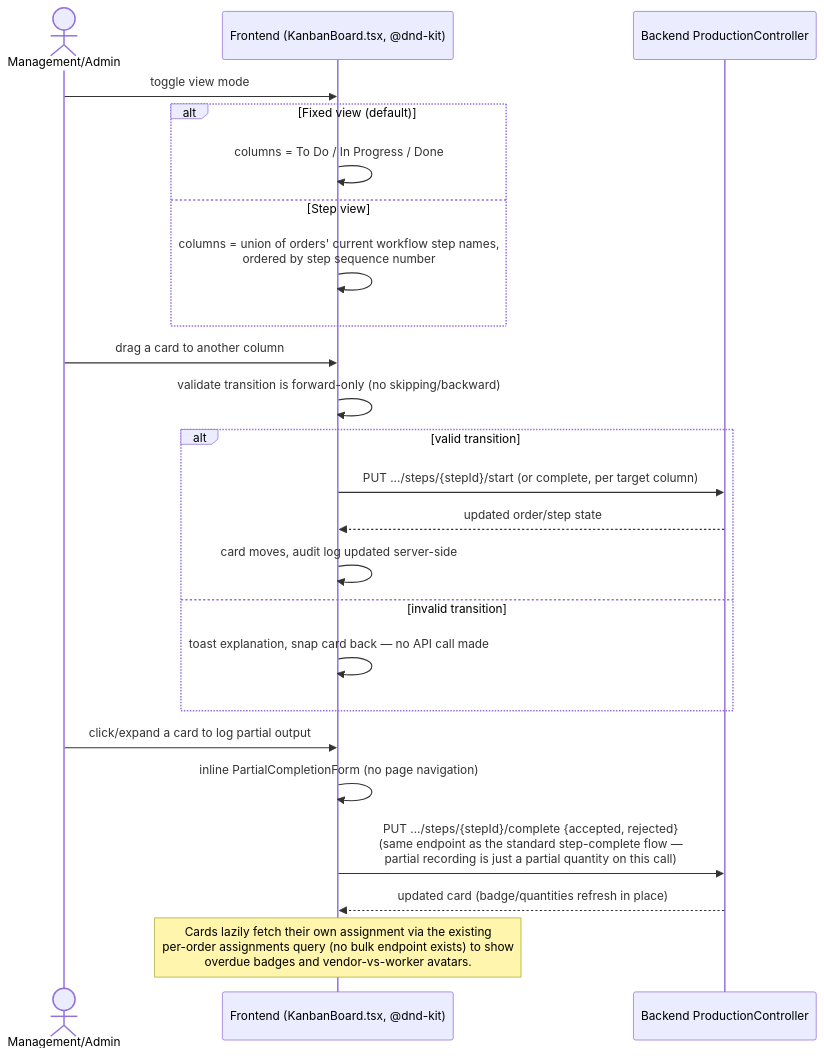
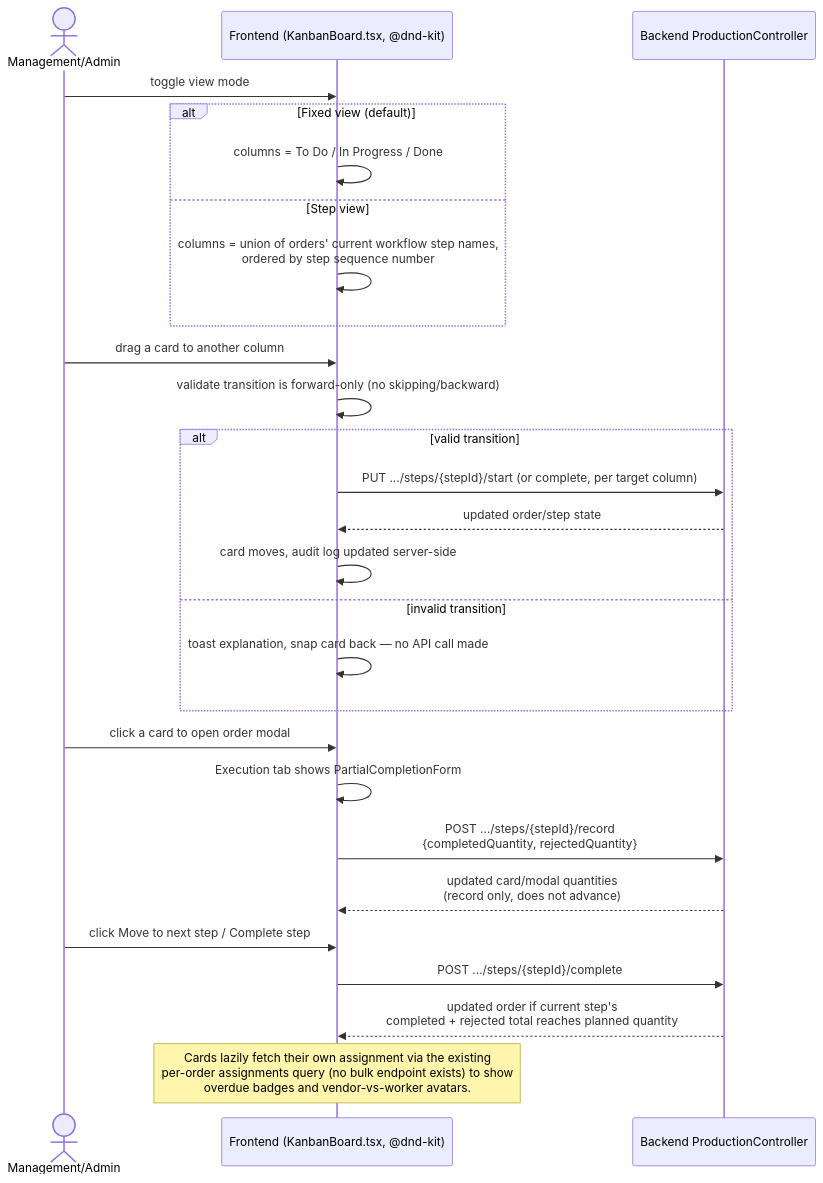
The fourth of 6 diagrams in docs/sequence-diagrams/production-kanban-vendor-overhaul.md (yashb319/factory1-technical-details), drawn with Mermaid before and after one commit. The commit also changed other lines of this file and 7 other files, not shown here.

````diff
--- a/docs/sequence-diagrams/production-kanban-vendor-overhaul.md
+++ b/docs/sequence-diagrams/production-kanban-vendor-overhaul.md
@@ -81,30 +81,33 @@
 ```mermaid
 sequenceDiagram
     actor U as Management/Admin
     participant FE as Frontend (KanbanBoard.tsx, @dnd-kit)
     participant API as Backend ProductionController
 
     U->>FE: toggle view mode
     alt Fixed view (default)
         FE->>FE: columns = To Do / In Progress / Done
     else Step view
         FE->>FE: columns = union of orders' current workflow step names,<br/>ordered by step sequence number
     end
 
     U->>FE: drag a card to another column
     FE->>FE: validate transition is forward-only (no skipping/backward)
     alt valid transition
         FE->>API: PUT .../steps/{stepId}/start  (or complete, per target column)
         API-->>FE: updated order/step state
         FE->>FE: card moves, audit log updated server-side
     else invalid transition
         FE->>FE: toast explanation, snap card back — no API call made
     end
 
-    U->>FE: click/expand a card to log partial output
-    FE->>FE: inline PartialCompletionForm (no page navigation)
-    FE->>API: PUT .../steps/{stepId}/complete {accepted, rejected}<br/>(same endpoint as the standard step-complete flow —<br/>partial recording is just a partial quantity on this call)
-    API-->>FE: updated card (badge/quantities refresh in place)
+    U->>FE: click a card to open order modal
+    FE->>FE: Execution tab shows PartialCompletionForm
+    FE->>API: POST .../steps/{stepId}/record<br/>{completedQuantity, rejectedQuantity}
+    API-->>FE: updated card/modal quantities<br/>(record only, does not advance)
+    U->>FE: click Move to next step / Complete step
+    FE->>API: POST .../steps/{stepId}/complete
+    API-->>FE: updated order if current step's<br/>completed + rejected total reaches planned quantity
 
     Note over FE: Cards lazily fetch their own assignment via the existing<br/>per-order assignments query (no bulk endpoint exists) to show<br/>overdue badges and vendor-vs-worker avatars.
 ```
````
